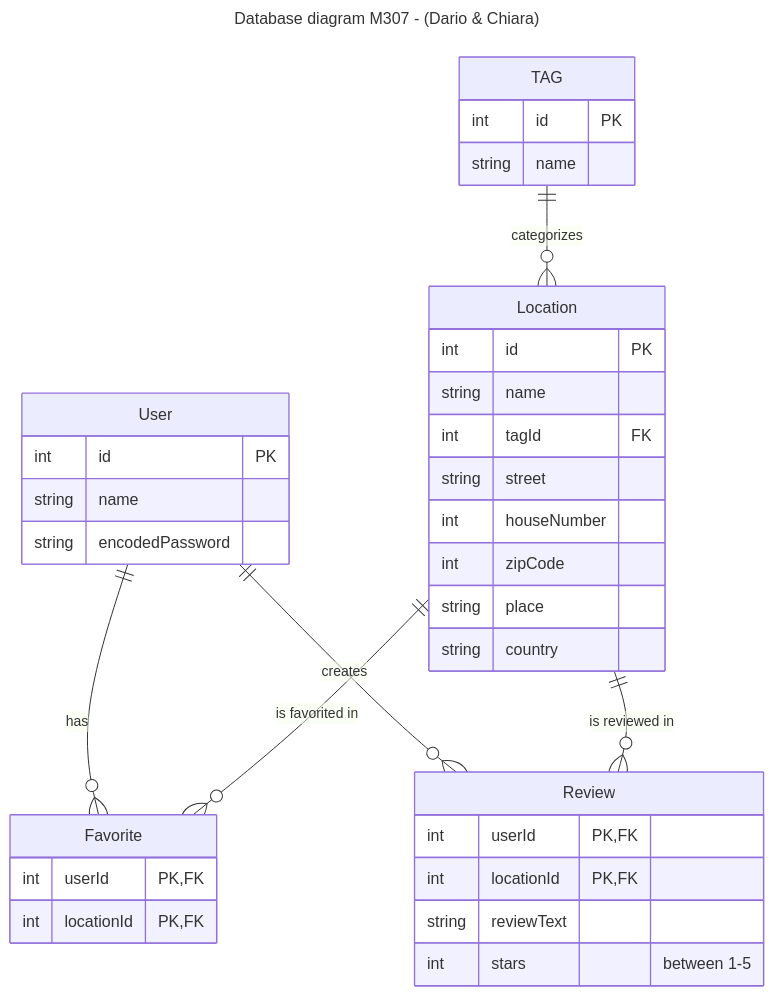
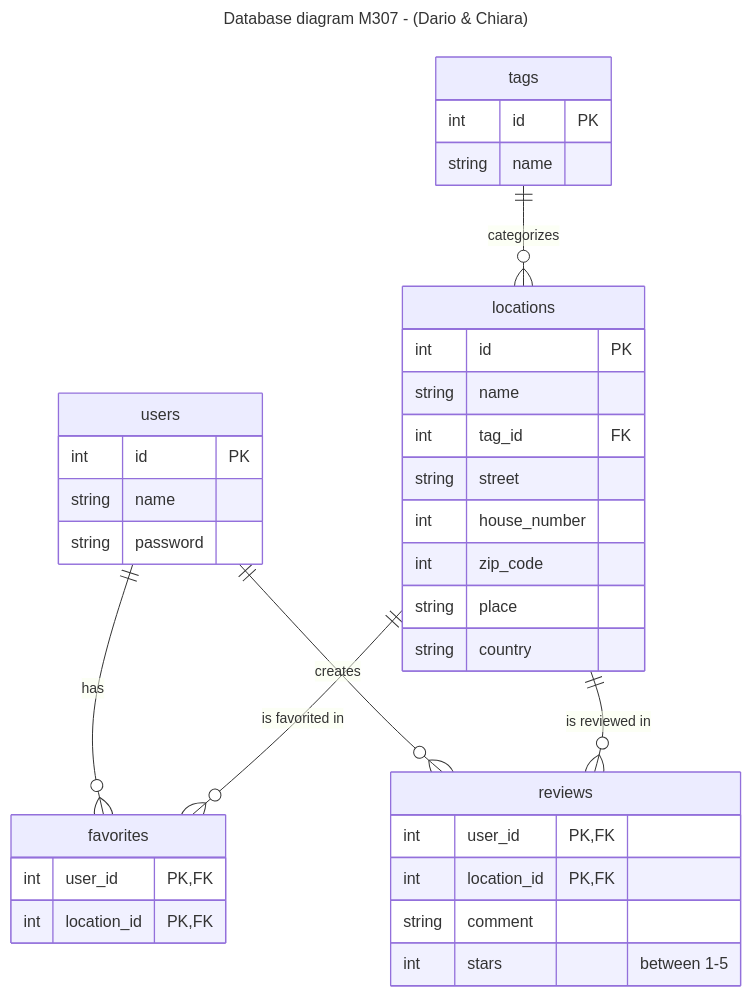
The diagram in docs/diagram.md (DarioBBZ/M307-Einsetzen-von-Informations--und-Kommunikationstechnologie), drawn with Mermaid before and after one commit.

Commit message:
Update diagram naming conventions

````diff
--- a/docs/diagram.md
+++ b/docs/diagram.md
@@ -1,41 +1,41 @@
-```mermaid 
+```mermaid
 ---
 title: Database diagram M307 - (Dario & Chiara)
 ---
 erDiagram
-    User one to many Review: creates
-    User one to many Favorite : has
-    Location one to many Favorite : "is favorited in"
-    Location one to many Review : "is reviewed in"
-    TAG one to many Location : categorizes
+    users one to many reviews: creates
+    users one to many favorites : has
+    locations one to many favorites : "is favorited in"
+    locations one to many reviews : "is reviewed in"
+    tags one to many locations : categorizes
 
-    User {
+    users {
         int id PK
         string name
-        string encodedPassword
+        string password
     }
-    Review {
-        int userId PK, FK
-        int locationId PK, FK
-        string reviewText
+    reviews {
+        int user_id PK, FK
+        int location_id PK, FK
+        string comment
         int stars "between 1-5"
     }
-    Favorite {
-        int userId PK, FK
-        int locationId PK, FK
+    favorites {
+        int user_id PK, FK
+        int location_id PK, FK
     }
-    Location {
+    locations {
         int id PK
         string name
-        int tagId FK
+        int tag_id FK
         string street
-        int houseNumber
-        int zipCode
+        int house_number
+        int zip_code
         string place
         string country
     }
-    TAG {
+    tags {
         int id PK
         string name
     }
 ```
````
